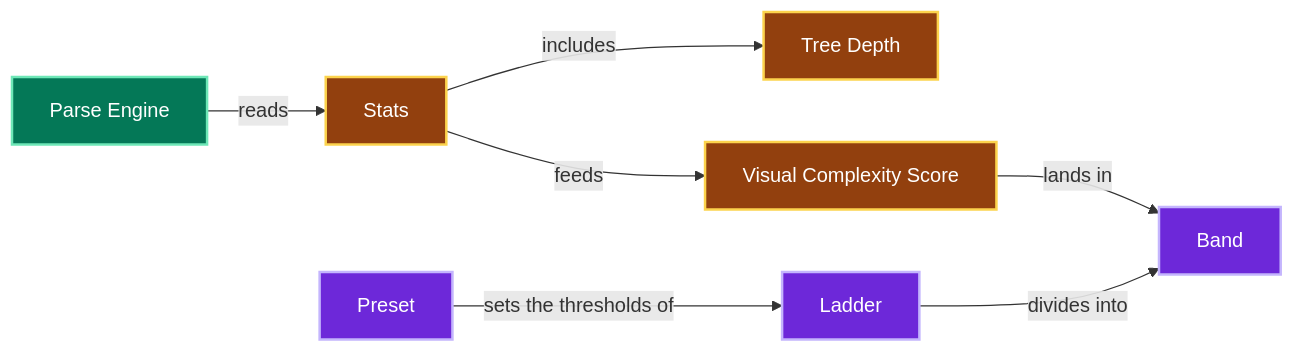
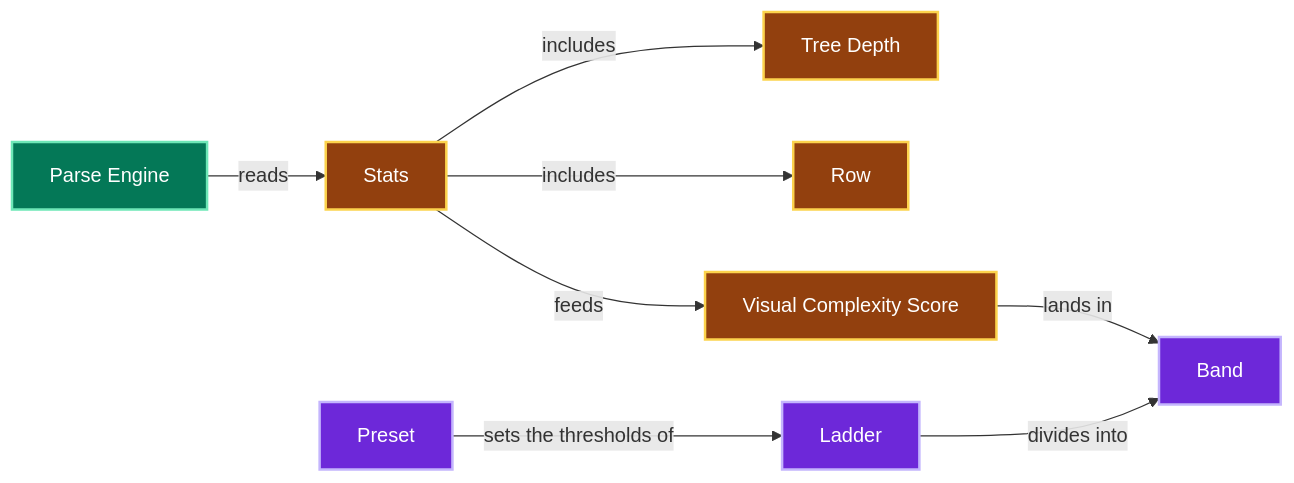
The second of 5 diagrams in GLOSSARY.md (jpeakai/jpai-mermaidjs-lint), drawn with Mermaid before and after one commit. The commit also changed other lines of this file and 27 other files, not shown here.

First line of the commit message:
Count what a reader must read in sequence, state, entity and class diagrams

````diff
--- a/GLOSSARY.md
+++ b/GLOSSARY.md
@@ -58,24 +58,26 @@
 ```mermaid
 flowchart LR
     PEN["Parse Engine"]:::pipeline
     STA["Stats"]:::info
     TRD["Tree Depth"]:::info
+    ROW["Row"]:::info
     VCS["Visual Complexity Score"]:::info
     PRE["Preset"]:::rule
     LAD["Ladder"]:::rule
     BND["Band"]:::rule
 
     PEN -- reads --> STA
     STA -- includes --> TRD
+    STA -- includes --> ROW
     STA -- feeds --> VCS
     PRE -- sets the thresholds of --> LAD
     LAD -- divides into --> BND
     VCS -- lands in --> BND
 
     classDef people    fill:#1e40af,stroke:#93c5fd,color:#fff,stroke-width:2px
     classDef info      fill:#92400e,stroke:#fcd34d,color:#fff,stroke-width:2px
     classDef rule      fill:#6d28d9,stroke:#c4b5fd,color:#fff,stroke-width:2px
     classDef forbidden fill:#b91c1c,stroke:#fca5a5,color:#fff,stroke-width:2px
     classDef pipeline  fill:#047857,stroke:#6ee7b7,color:#fff,stroke-width:2px
     classDef record    fill:#334155,stroke:#cbd5e1,color:#fff,stroke-width:2px
 ```
````
